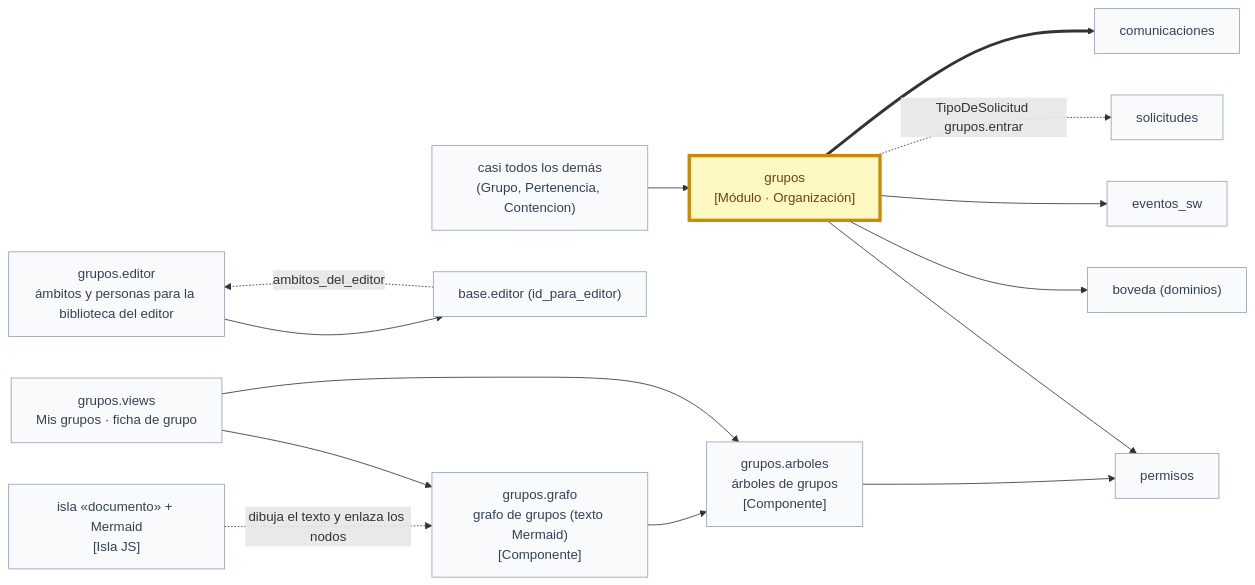
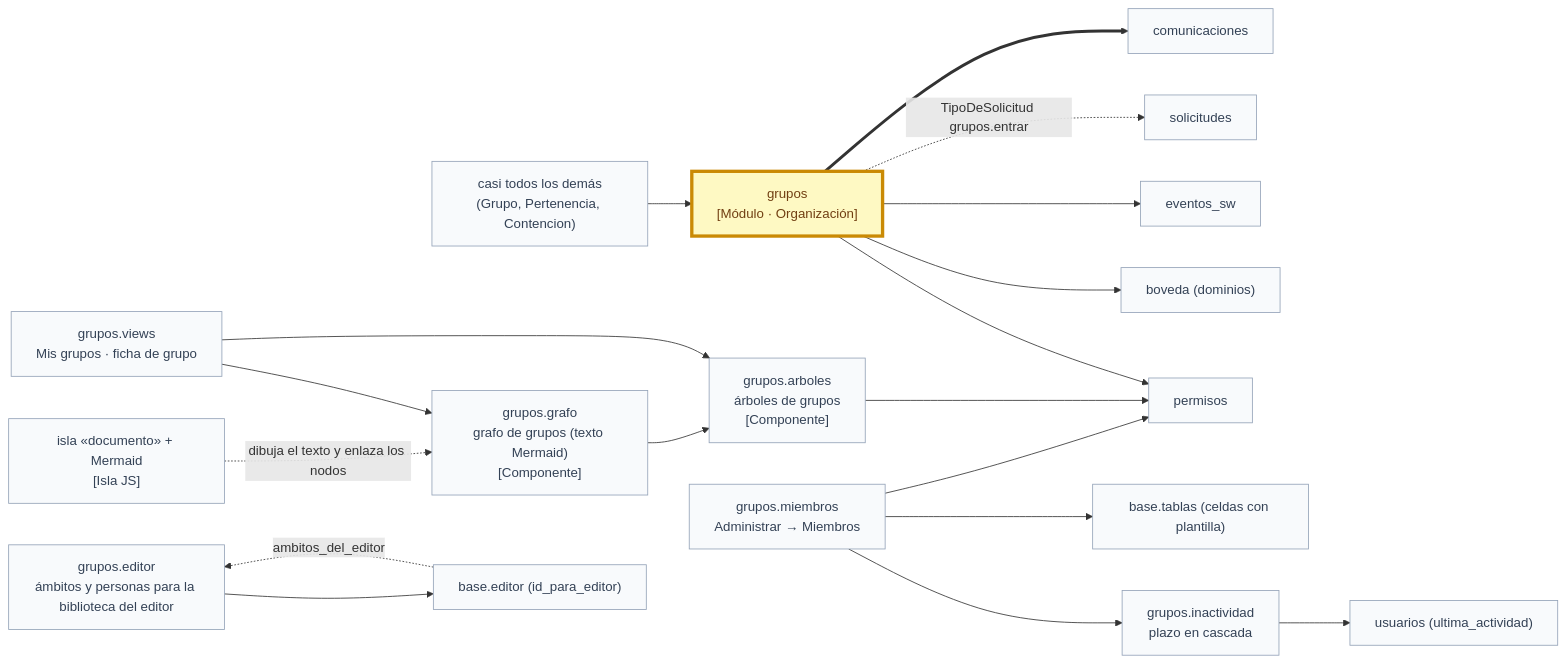
Diagram 11 of 40 in docs/arquitectura.md (chemabc/groupy), drawn with Mermaid before and after one commit. The commit also changed other lines of this file and 30 other files, not shown here.

First line of the commit message:
Miembros de los grupos que administro (una a una y en bloque) e inactividad en cascada

````diff
--- a/docs/arquitectura.md
+++ b/docs/arquitectura.md
@@ -408,31 +412,39 @@
 ```mermaid
 flowchart LR
   classDef yo fill:#fef9c3,stroke:#ca8a04,stroke-width:4px,color:#713f12
   classDef otro fill:#f8fafc,stroke:#94a3b8,color:#334155
   gru["grupos<br/>[Módulo · Organización]"]:::yo
   per["permisos"]:::otro
   bov["boveda (dominios)"]:::otro
   esw["eventos_sw"]:::otro
   sol["solicitudes"]:::otro
   com["comunicaciones"]:::otro
   casi["casi todos los demás<br/>(Grupo, Pertenencia, Contencion)"]:::otro
   arb["grupos.arboles<br/>árboles de grupos<br/>[Componente]"]:::otro
   graf["grupos.grafo<br/>grafo de grupos (texto Mermaid)<br/>[Componente]"]:::otro
   doc["isla «documento» + Mermaid<br/>[Isla JS]"]:::otro
   graf --> arb
   vis --> graf
   doc -. "dibuja el texto y enlaza los nodos" .-> graf
   vis["grupos.views<br/>Mis grupos · ficha de grupo"]:::otro
   vis --> arb
   arb --> per
   gru --> per
   gru --> bov
   gru --> esw
   gru -. "TipoDeSolicitud grupos.entrar" .-> sol
   gru ==> com
   casi --> gru
   ged["grupos.editor<br/>ámbitos y personas para la biblioteca del editor"]:::otro
   bed["base.editor (id_para_editor)"]:::otro
   ged --> bed
   bed -. "ambitos_del_editor" .-> ged
+  mie["grupos.miembros<br/>Administrar → Miembros"]:::otro
+  ina["grupos.inactividad<br/>plazo en cascada"]:::otro
+  tab["base.tablas (celdas con plantilla)"]:::otro
+  usu["usuarios (ultima_actividad)"]:::otro
+  mie --> ina
+  mie --> tab
+  mie --> per
+  ina --> usu
 ```
````
